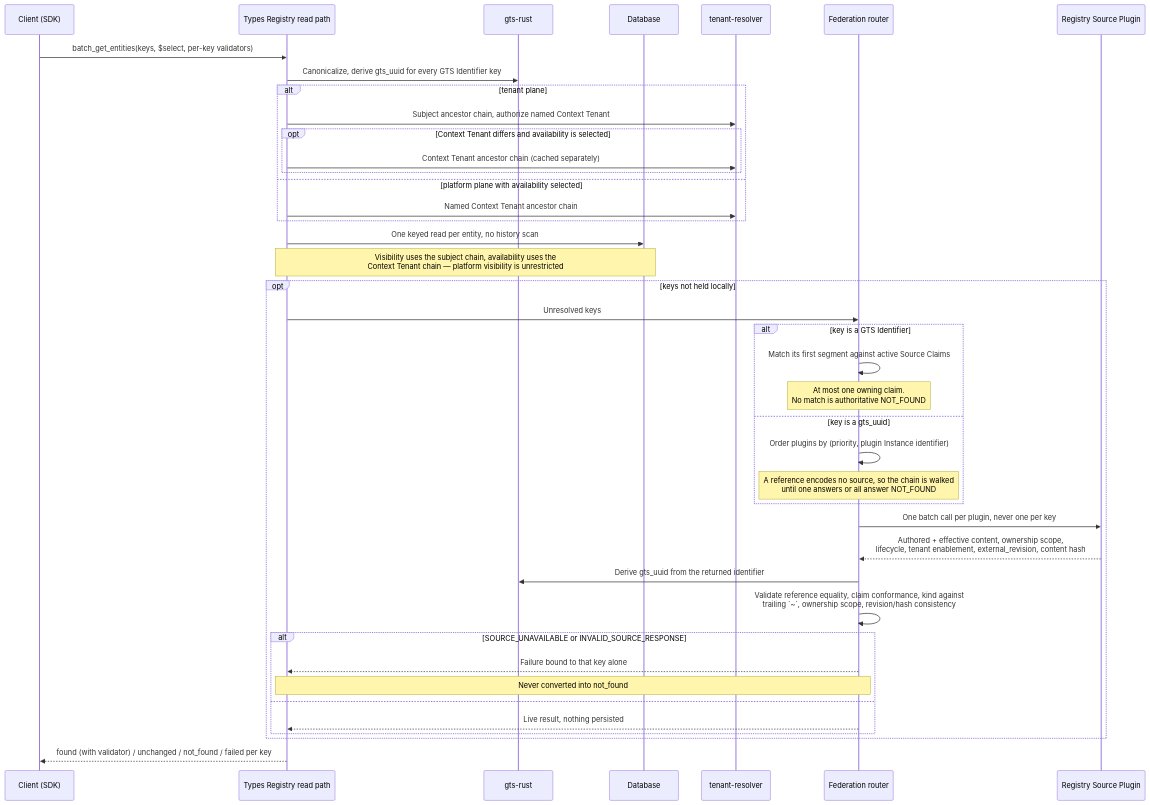
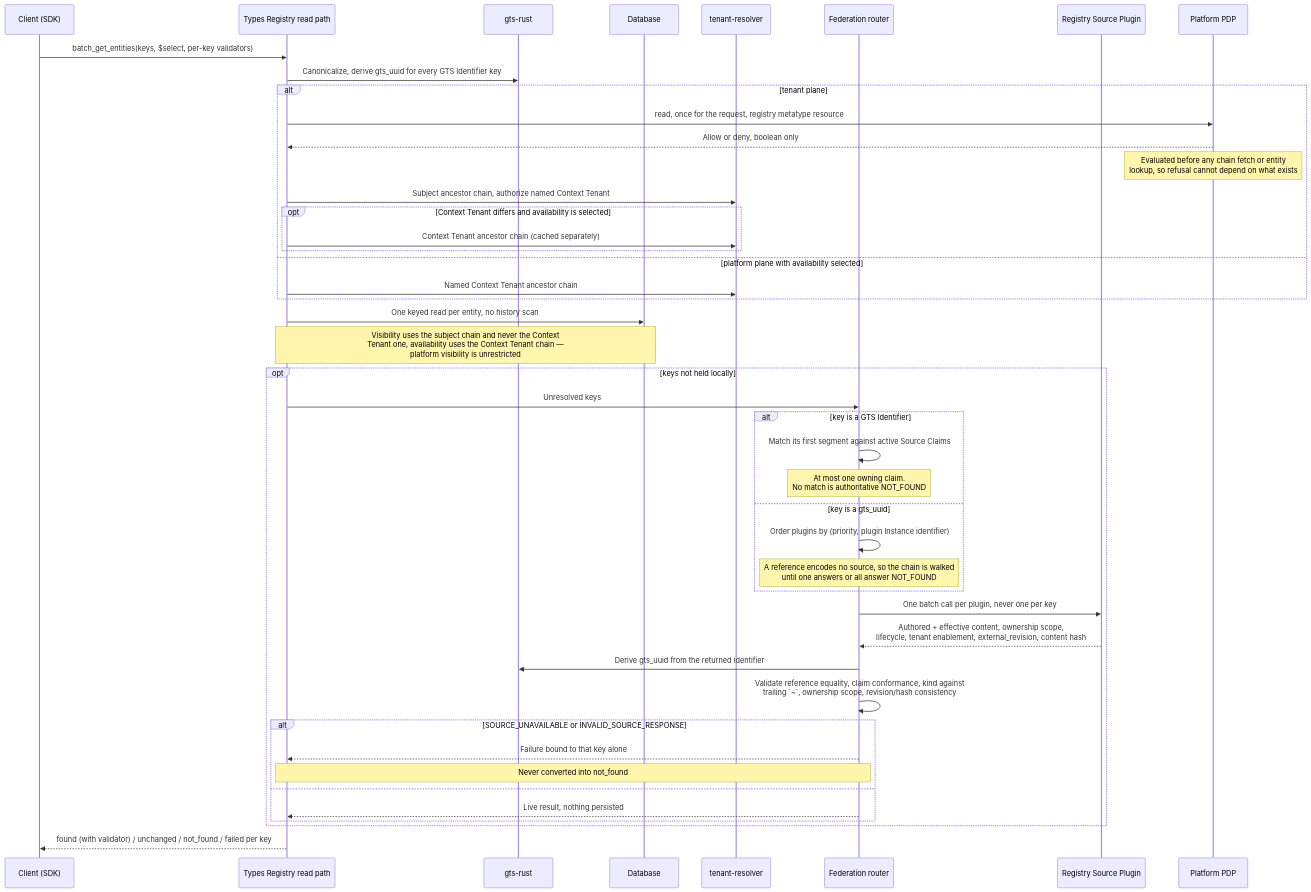
One commit to Andrei-Iliushin-Constructor/gears-rust changed the fifth of 6 diagrams in gears/system/types-registry/docs/DESIGN.md. Above: the diagram before and after it, drawn with Mermaid. The commit also changed other lines of this file and 4 other files, not shown here.

First line of the commit message:
docs(types-registry): define read and list authorization

````diff
--- a/gears/system/types-registry/docs/DESIGN.md
+++ b/gears/system/types-registry/docs/DESIGN.md
@@ -1738,44 +1820,48 @@
 ```mermaid
 sequenceDiagram
     participant C as Client (SDK)
     participant A as Types Registry read path
     participant G as gts-rust
     participant D as Database
     participant T as tenant-resolver
     participant R as Federation router
     participant P as Registry Source Plugin
+    participant Z as Platform PDP
 
     C->>A: batch_get_entities(keys, $select, per-key validators)
     A->>G: Canonicalize, derive gts_uuid for every GTS Identifier key
     alt tenant plane
+        A->>Z: read, once for the request, registry metatype resource
+        Z-->>A: Allow or deny, boolean only
+        Note over Z: Evaluated before any chain fetch or entity<br/>lookup, so refusal cannot depend on what exists
         A->>T: Subject ancestor chain, authorize named Context Tenant
         opt Context Tenant differs and availability is selected
             A->>T: Context Tenant ancestor chain (cached separately)
         end
     else platform plane with availability selected
         A->>T: Named Context Tenant ancestor chain
     end
     A->>D: One keyed read per entity, no history scan
-    Note over A,D: Visibility uses the subject chain, availability uses the<br/>Context Tenant chain — platform visibility is unrestricted
+    Note over A,D: Visibility uses the subject chain and never the Context<br/>Tenant one, availability uses the Context Tenant chain —<br/>platform visibility is unrestricted
     opt keys not held locally
         A->>R: Unresolved keys
         alt key is a GTS Identifier
             R->>R: Match its first segment against active Source Claims
             Note over R: At most one owning claim.<br/>No match is authoritative NOT_FOUND
         else key is a gts_uuid
             R->>R: Order plugins by (priority, plugin Instance identifier)
             Note over R: A reference encodes no source, so the chain is walked<br/>until one answers or all answer NOT_FOUND
         end
         R->>P: One batch call per plugin, never one per key
         P-->>R: Authored + effective content, ownership scope,<br/>lifecycle, tenant enablement, external_revision, content hash
         R->>G: Derive gts_uuid from the returned identifier
         R->>R: Validate reference equality, claim conformance, kind against<br/>trailing `~`, ownership scope, revision/hash consistency
         alt SOURCE_UNAVAILABLE or INVALID_SOURCE_RESPONSE
             R-->>A: Failure bound to that key alone
             Note over R,A: Never converted into not_found
         else
             R-->>A: Live result, nothing persisted
         end
     end
     A-->>C: found (with validator) / unchanged / not_found / failed per key
 ```
````
